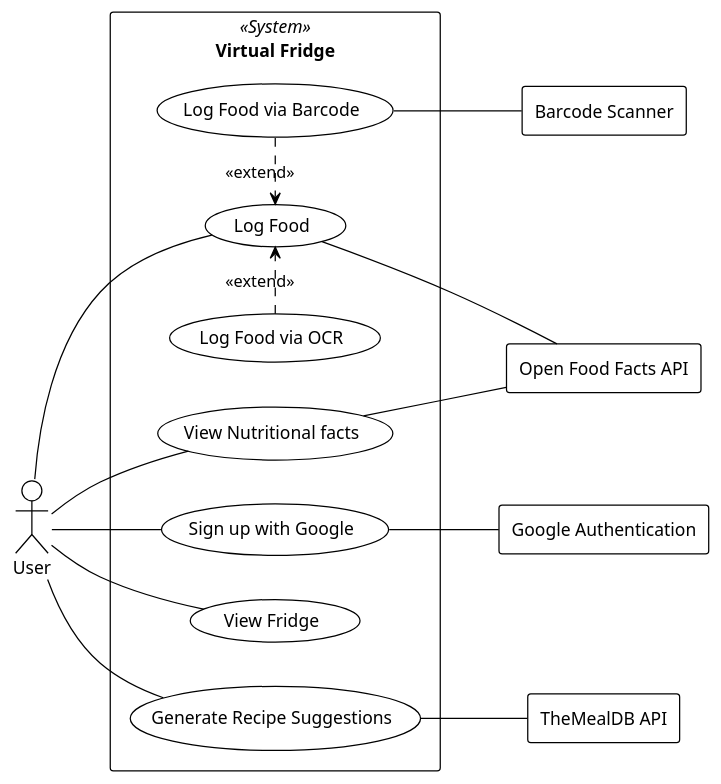
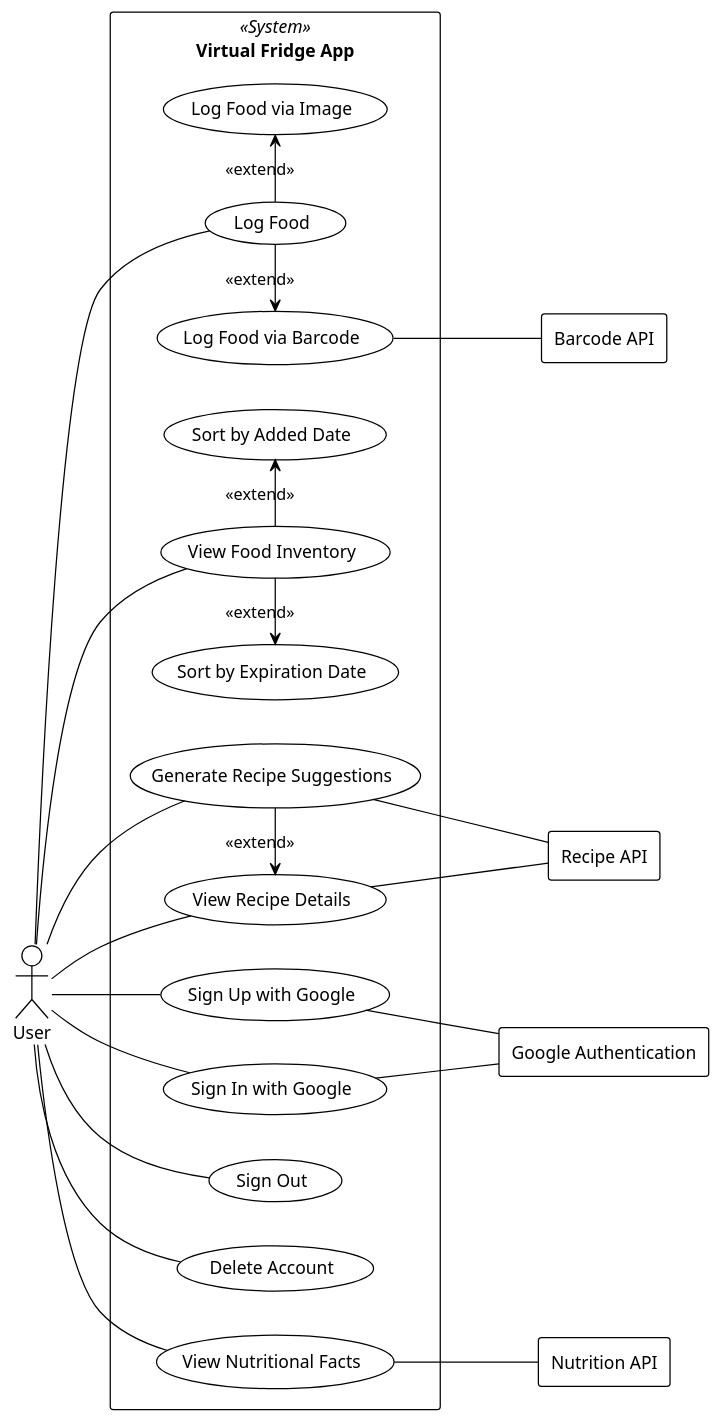
The diagram in documentation/diagrams/usecase.plantuml (virtualfridge/virtualfridge), drawn with PlantUML before and after one commit. The commit also changed other lines of this file, not shown here.

Commit message:
Update use case diagram to fix

```diff
--- a/documentation/diagrams/usecase.plantuml
+++ b/documentation/diagrams/usecase.plantuml
@@ -4,33 +1,64 @@
 @startuml
 !theme plain
 left to right direction
+
 actor User
-rectangle "Virtual Fridge" << System >> {
-  usecase logOcr as "Log Food via OCR"
+
+rectangle "Virtual Fridge App" << System >> {
+  ' ==== Authentication ====
+  usecase signUp as "Sign Up with Google"
+  usecase signIn as "Sign In with Google"
+  usecase signOut as "Sign Out"
+  usecase deleteAccount as "Delete Account"
+
+  ' ==== Logging Food ====
   usecase logFood as "Log Food"
   usecase logBarcode as "Log Food via Barcode"
+  usecase logImage as "Log Food via Image"
+'   usecase logList as "Log Food via Pre-Made List"
 
+  ' ==== Viewing Food ====
+  usecase viewInventory as "View Food Inventory"
+  usecase sortExp as "Sort by Expiration Date"
+  usecase sortAdded as "Sort by Added Date"
 
-  logBarcode .> logFood : << extend >>
-  logOcr .> logFood: << extend >>
+  ' ==== Recipes & Nutrition ====
+  usecase genRecipes as "Generate Recipe Suggestions"
+  usecase viewRecipe as "View Recipe Details"
+  usecase viewNutrition as "View Nutritional Facts"
 
-  usecase viewNutrition as "View Nutritional facts"
-  usecase signUp as "Sign up with Google"
-  usecase viewFridge as "View Fridge"
-  usecase generateRecipes as "Generate Recipe Suggestions"
+  ' ==== Relationships (moved to right side) ====
+  logFood -left-> logBarcode : <<extend>>
+  logFood -right-> logImage : <<extend>>
+
+  viewInventory -left-> sortExp : <<extend>>
+  viewInventory -right-> sortAdded : <<extend>>
+  genRecipes -right-> viewRecipe : <<extend>>
 }
+
+' ==== External APIs (RHS) ====
+rectangle googleAuth as "Google Authentication"
+rectangle barcodeApi as "Barcode API"
+rectangle recipeApi as "Recipe API"
+rectangle nutritionApi as "Nutrition API"
+
+' ==== User connections ====
 User -- signUp
+User -- signIn
+User -- signOut
+User -- deleteAccount
 User -- logFood
-User -- viewFridge
-User -- generateRecipes
+User -- viewInventory
+User -- genRecipes
+User -- viewRecipe
 User -- viewNutrition
-rectangle openFoodFacts as "Open Food Facts API"
-rectangle googleAuth as "Google Authentication"
-rectangle recipeApi as "TheMealDB API"
-rectangle barcodeScanner as "Barcode Scanner"
-generateRecipes -- recipeApi
-viewNutrition -- openFoodFacts
+
+' ==== API connections ====
 signUp -- googleAuth
-logBarcode -- barcodeScanner
-logFood -- openFoodFacts
+signIn -- googleAuth
+logBarcode -- barcodeApi
+genRecipes -- recipeApi
+viewRecipe -- recipeApi
+viewNutrition -- nutritionApi
+
 @enduml
```
